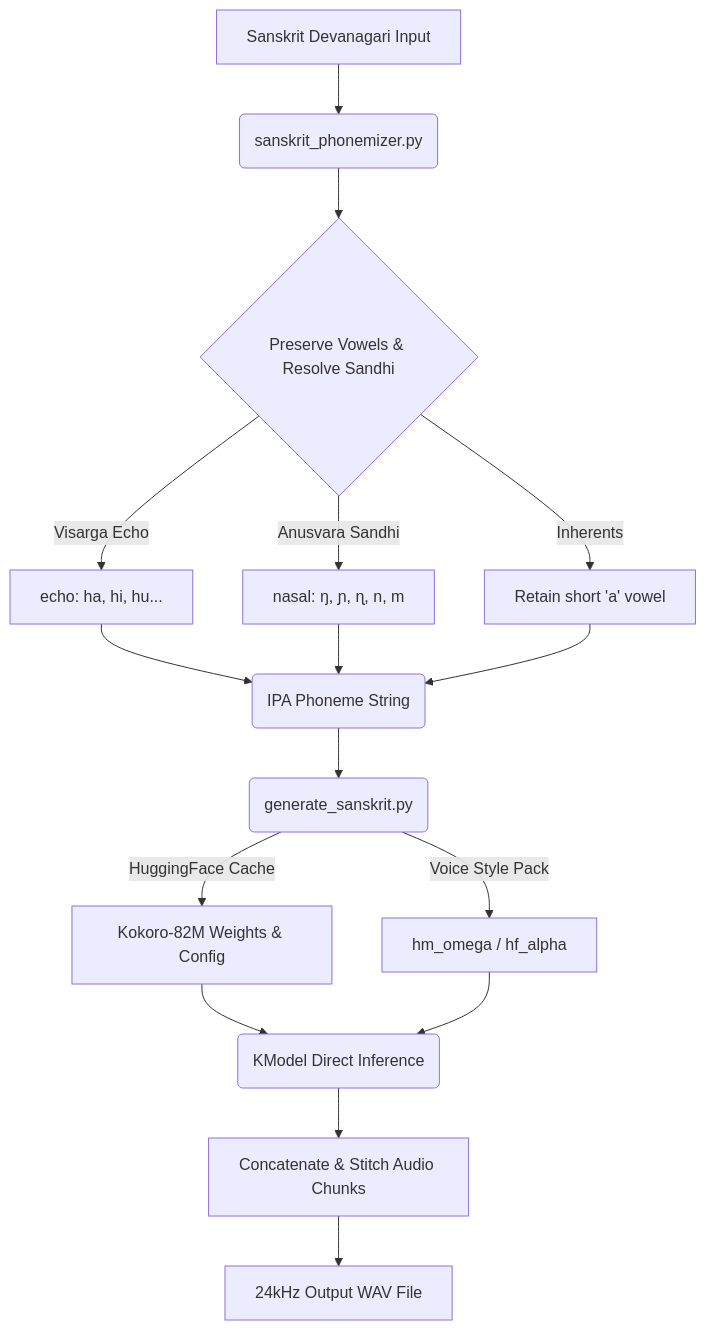
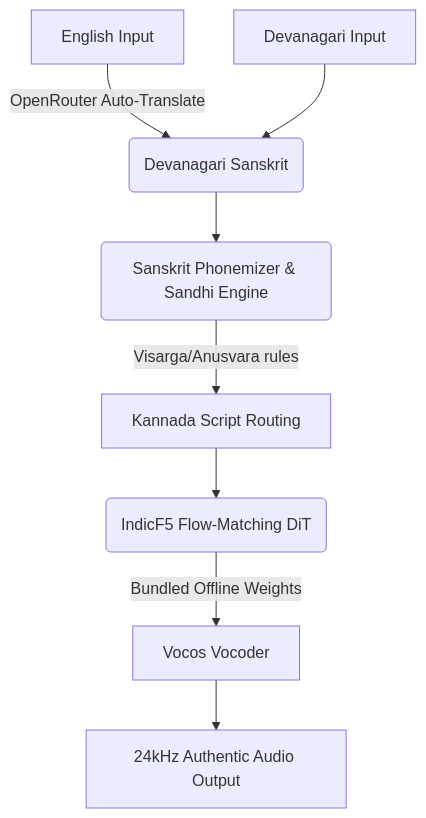
Before and after one commit to Hariprajwal/EdgeSanskrit: the diagram in README.md, drawn with Mermaid. The commit also changed other lines of this file, not shown here.

````diff
--- a/README.md
+++ b/README.md
@@ -33,15 +113,10 @@
 ```mermaid
 graph TD
-    A[Sanskrit Devanagari Input] --> B(sanskrit_phonemizer.py)
-    B --> C{Preserve Vowels & Resolve Sandhi}
-    C -->|Visarga Echo| D[echo: ha, hi, hu...]
-    C -->|Anusvara Sandhi| E[nasal: ŋ, ɲ, ɳ, n, m]
-    C -->|Inherents| F[Retain short 'a' vowel]
-    D & E & F --> G(IPA Phoneme String)
-    G --> H(generate_sanskrit.py)
-    H -->|HuggingFace Cache| I[Kokoro-82M Weights & Config]
-    H -->|Voice Style Pack| J[hm_omega / hf_alpha]
-    I & J --> K(KModel Direct Inference)
-    K --> L[Concatenate & Stitch Audio Chunks]
-    L --> M[24kHz Output WAV File]
+    A[English Input] -->|OpenRouter Auto-Translate| B(Devanagari Sanskrit)
+    A2[Devanagari Input] --> B
+    B --> C(Sanskrit Phonemizer & Sandhi Engine)
+    C -->|Visarga/Anusvara rules| D[Kannada Script Routing]
+    D --> E(IndicF5 Flow-Matching DiT)
+    E -->|Bundled Offline Weights| F[Vocos Vocoder]
+    F --> G[24kHz Authentic Audio Output]
 ```
````
